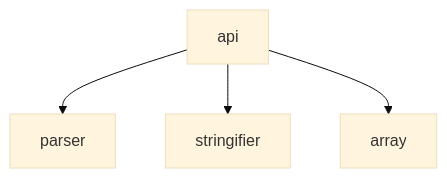
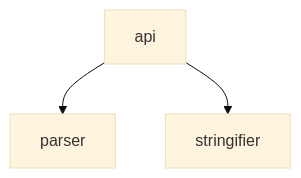
One commit to mattriley/node-pathstruct changed the diagram in README.md. Above: the diagram before and after it, drawn with Mermaid (base theme). The commit also changed other lines of this file and 8 other files, not shown here.

````diff
--- a/README.md
+++ b/README.md
@@ -60,6 +60,5 @@
 ```mermaid
 graph TD;
     api-->parser;
     api-->stringifier;
-    api-->array;
 ```
````
